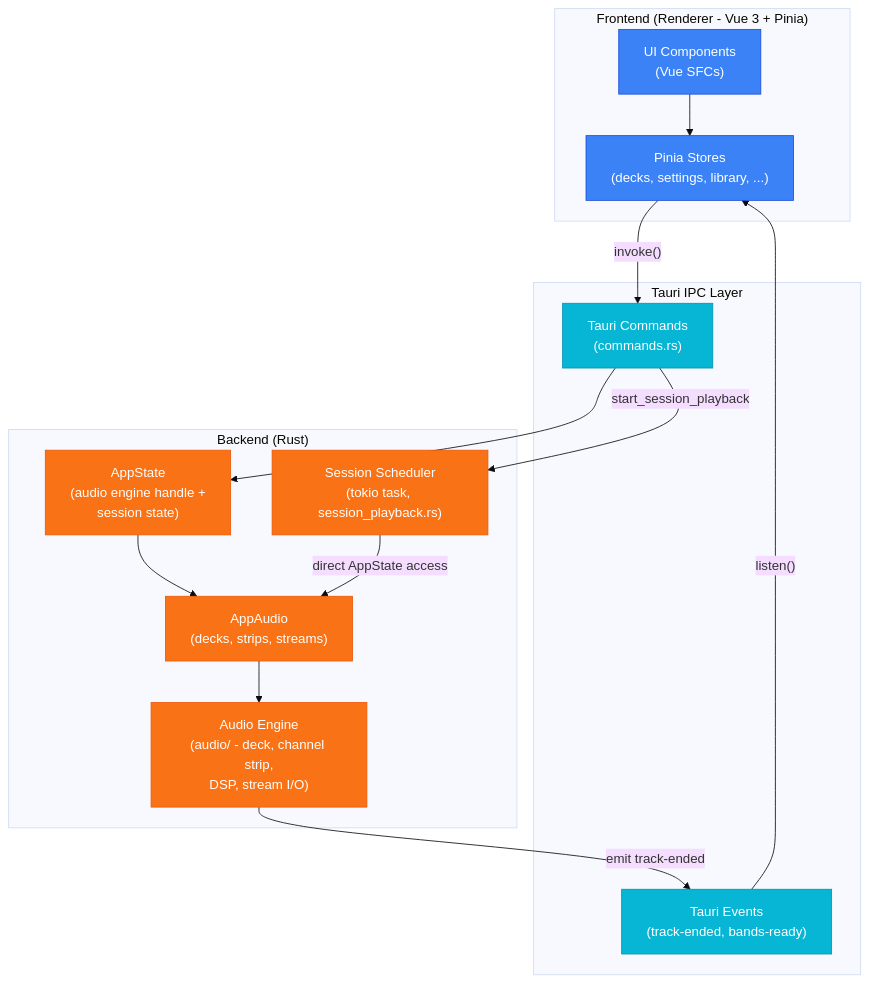
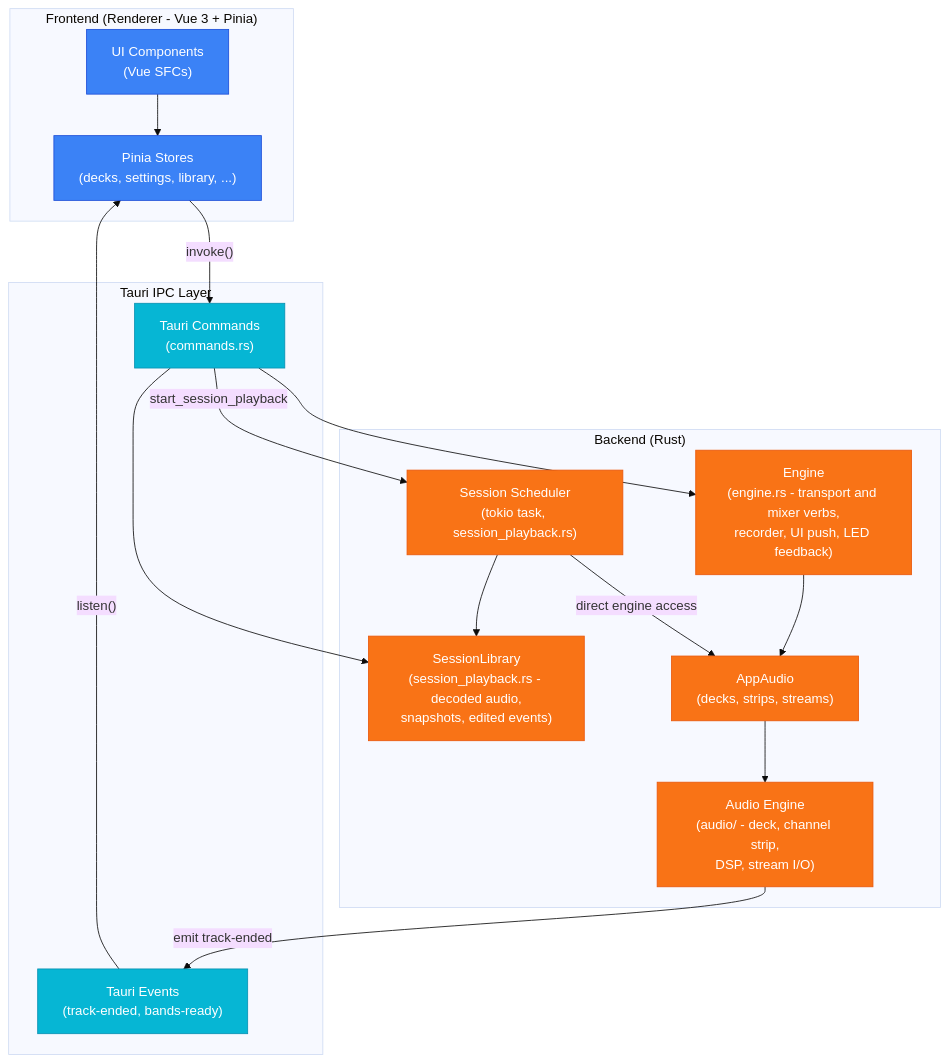
Before and after one commit to berrutti/beatmatcher: the first of 6 diagrams in architecture.md, drawn with Mermaid (base theme). The commit also changed other lines of this file and 36 other files, not shown here.

````diff
--- a/architecture.md
+++ b/architecture.md
@@ -5,33 +5,36 @@
 ```mermaid
 graph TD
     classDef frontend fill:#3b82f6,stroke:#1d4ed8,color:#fff
     classDef ipc fill:#06b6d4,stroke:#0891b2,color:#fff
     classDef backend fill:#f97316,stroke:#ea580c,color:#fff
 
     subgraph Frontend ["Frontend (Renderer - Vue 3 + Pinia)"]
         UI["UI Components\n(Vue SFCs)"]:::frontend
         Stores["Pinia Stores\n(decks, settings, library, ...)"]:::frontend
     end
 
     subgraph IPC ["Tauri IPC Layer"]
         Commands["Tauri Commands\n(commands.rs)"]:::ipc
         Events["Tauri Events\n(track-ended, bands-ready)"]:::ipc
     end
 
     subgraph Backend ["Backend (Rust)"]
-        AppState["AppState\n(audio engine handle +\nsession state)"]:::backend
+        Engine["Engine\n(engine.rs - transport and mixer verbs,\nrecorder, UI push, LED feedback)"]:::backend
+        Sessions["SessionLibrary\n(session_playback.rs - decoded audio,\nsnapshots, edited events)"]:::backend
         Audio["AppAudio\n(decks, strips, streams)"]:::backend
-        Engine["Audio Engine\n(audio/ - deck, channel strip,\nDSP, stream I/O)"]:::backend
+        Dsp["Audio Engine\n(audio/ - deck, channel strip,\nDSP, stream I/O)"]:::backend
         Scheduler["Session Scheduler\n(tokio task, session_playback.rs)"]:::backend
     end
 
     UI --> Stores
     Stores -- "invoke()" --> Commands
     Events -- "listen()" --> Stores
-    Commands --> AppState
-    AppState --> Audio
-    Audio --> Engine
-    Engine -- "emit track-ended" --> Events
+    Commands --> Engine
+    Commands --> Sessions
+    Engine --> Audio
+    Audio --> Dsp
+    Dsp -- "emit track-ended" --> Events
     Commands -- "start_session_playback" --> Scheduler
-    Scheduler -- "direct AppState access" --> Audio
+    Scheduler --> Sessions
+    Scheduler -- "direct engine access" --> Audio
 ```
````
